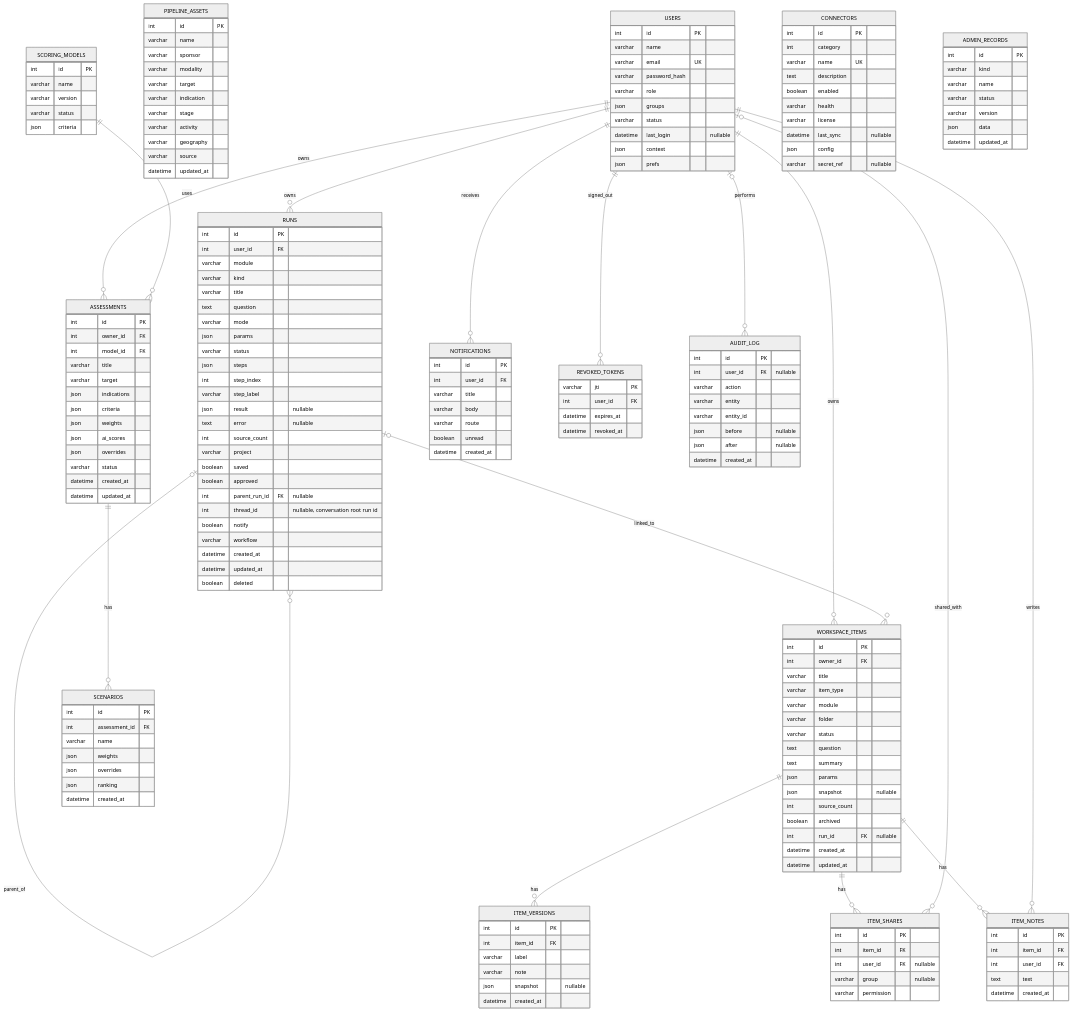
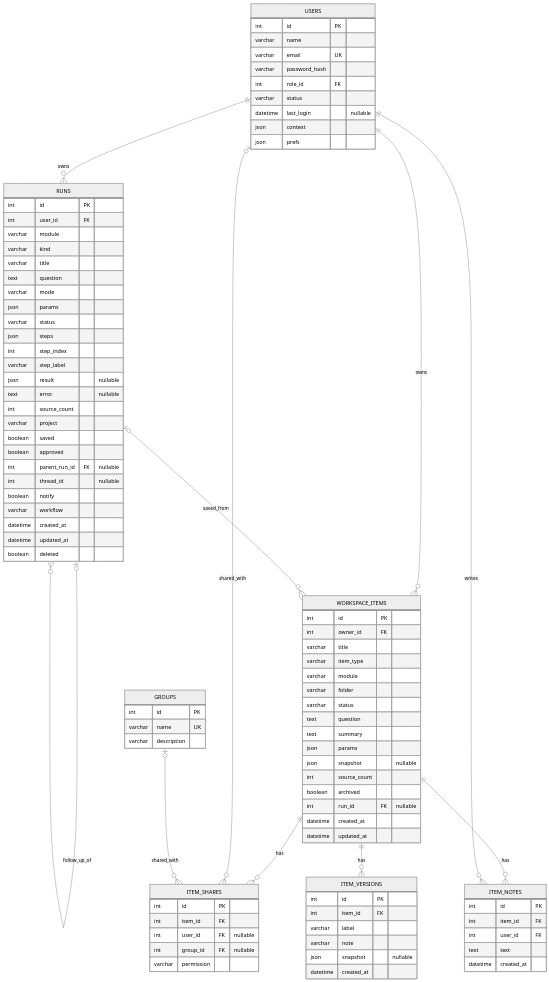
Before and after one commit to naval-ubi/Gilead-new-indication-inflammation: the second of 5 diagrams in ER_DIAGRAM.md, drawn with Mermaid (neutral theme). The commit also changed other lines of this file and 41 other files, not shown here.

````diff
--- a/ER_DIAGRAM.md
+++ b/ER_DIAGRAM.md
@@ -10,14 +88,17 @@
         varchar name
         varchar email UK
         varchar password_hash
-        varchar role
-        json groups
+        int role_id FK
         varchar status
         datetime last_login "nullable"
         json context
         json prefs
     }
-
+    GROUPS {
+        int id PK
+        varchar name UK
+        varchar description
+    }
     RUNS {
         int id PK
         int user_id FK
@@ -38,14 +119,13 @@
         boolean saved
         boolean approved
         int parent_run_id FK "nullable"
-        int thread_id "nullable, conversation root run id"
+        int thread_id "nullable"
         boolean notify
         varchar workflow
         datetime created_at
         datetime updated_at
         boolean deleted
     }
-
     WORKSPACE_ITEMS {
         int id PK
         int owner_id FK
@@ -64,7 +144,6 @@
         datetime created_at
         datetime updated_at
     }
-
     ITEM_VERSIONS {
         int id PK
         int item_id FK
@@ -73,15 +152,13 @@
         json snapshot "nullable"
         datetime created_at
     }
-
     ITEM_SHARES {
         int id PK
         int item_id FK
         int user_id FK "nullable"
-        varchar group "nullable"
+        int group_id FK "nullable"
         varchar permission
     }
-
     ITEM_NOTES {
         int id PK
         int item_id FK
@@ -90,118 +167,14 @@
         datetime created_at
     }
 
-    PIPELINE_ASSETS {
-        int id PK
-        varchar name
-        varchar sponsor
-        varchar modality
-        varchar target
-        varchar indication
-        varchar stage
-        varchar activity
-        varchar geography
-        varchar source
-        datetime updated_at
-    }
-
-    SCORING_MODELS {
-        int id PK
-        varchar name
-        varchar version
-        varchar status
-        json criteria
-    }
-
-    ASSESSMENTS {
-        int id PK
-        int owner_id FK
-        int model_id FK
-        varchar title
-        varchar target
-        json indications
-        json criteria
-        json weights
-        json ai_scores
-        json overrides
-        varchar status
-        datetime created_at
-        datetime updated_at
-    }
-
-    SCENARIOS {
-        int id PK
-        int assessment_id FK
-        varchar name
-        json weights
-        json overrides
-        json ranking
-        datetime created_at
-    }
-
-    CONNECTORS {
-        int id PK
-        int category
-        varchar name UK
-        text description
-        boolean enabled
-        varchar health
-        varchar license
-        datetime last_sync "nullable"
-        json config
-        varchar secret_ref "nullable"
-    }
-
-    ADMIN_RECORDS {
-        int id PK
-        varchar kind
-        varchar name
-        varchar status
-        varchar version
-        json data
-        datetime updated_at
-    }
-
-    NOTIFICATIONS {
-        int id PK
-        int user_id FK
-        varchar title
-        varchar body
-        varchar route
-        boolean unread
-        datetime created_at
-    }
-
-    REVOKED_TOKENS {
-        varchar jti PK
-        int user_id FK
-        datetime expires_at
-        datetime revoked_at
-    }
-
-    AUDIT_LOG {
-        int id PK
-        int user_id FK "nullable"
-        varchar action
-        varchar entity
-        varchar entity_id
-        json before "nullable"
-        json after "nullable"
-        datetime created_at
-    }
-
     USERS ||--o{ RUNS : owns
-    RUNS o|--o{ RUNS : parent_of
+    RUNS o|--o{ RUNS : follow_up_of
     USERS ||--o{ WORKSPACE_ITEMS : owns
-    RUNS o|--o{ WORKSPACE_ITEMS : linked_to
-    WORKSPACE_ITEMS ||--o{ ITEM_VERSIONS : has
+    RUNS o|--o{ WORKSPACE_ITEMS : saved_from
+    WORKSPACE_ITEMS ||--o{ ITEM_NOTES : has
+    USERS ||--o{ ITEM_NOTES : writes
     WORKSPACE_ITEMS ||--o{ ITEM_SHARES : has
     USERS o|--o{ ITEM_SHARES : shared_with
-    WORKSPACE_ITEMS ||--o{ ITEM_NOTES : has
-    USERS ||--o{ ITEM_NOTES : writes
-    USERS ||--o{ ASSESSMENTS : owns
-    SCORING_MODELS ||--o{ ASSESSMENTS : uses
-    ASSESSMENTS ||--o{ SCENARIOS : has
-    USERS ||--o{ NOTIFICATIONS : receives
-    USERS o|--o{ AUDIT_LOG : performs
-    USERS ||--o{ REVOKED_TOKENS : signed_out
+    GROUPS o|--o{ ITEM_SHARES : shared_with
+    WORKSPACE_ITEMS ||--o{ ITEM_VERSIONS : has
 ```
````
